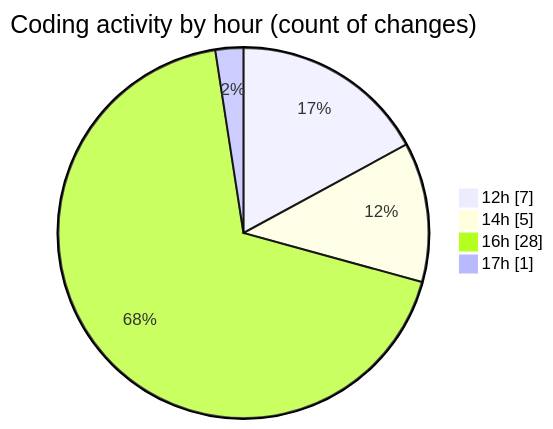
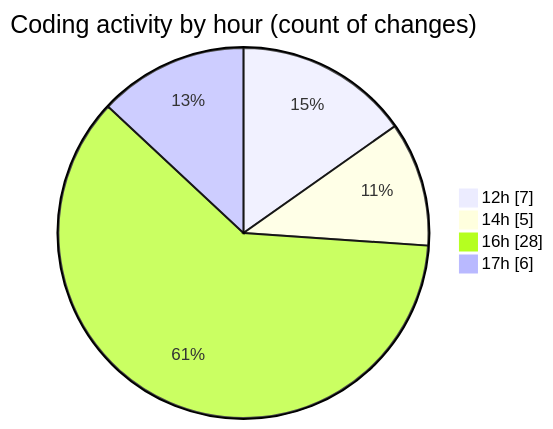
The second of 2 diagrams in 2025-10-06/eventscop-frontend-guide__workspace_/README.md (julien-gomy/code-tracking), drawn with Mermaid before and after one commit. The commit also changed other lines of this file and 1 other file, not shown here.

````diff
--- a/2025-10-06/eventscop-frontend-guide__workspace_/README.md
+++ b/2025-10-06/eventscop-frontend-guide__workspace_/README.md
@@ -53,8 +55,8 @@
 ```mermaid
 pie showData
 title Coding activity by hour (count of changes)
 "12h" : 7
 "14h" : 5
 "16h" : 28
-"17h" : 1
+"17h" : 6
 ```
````
